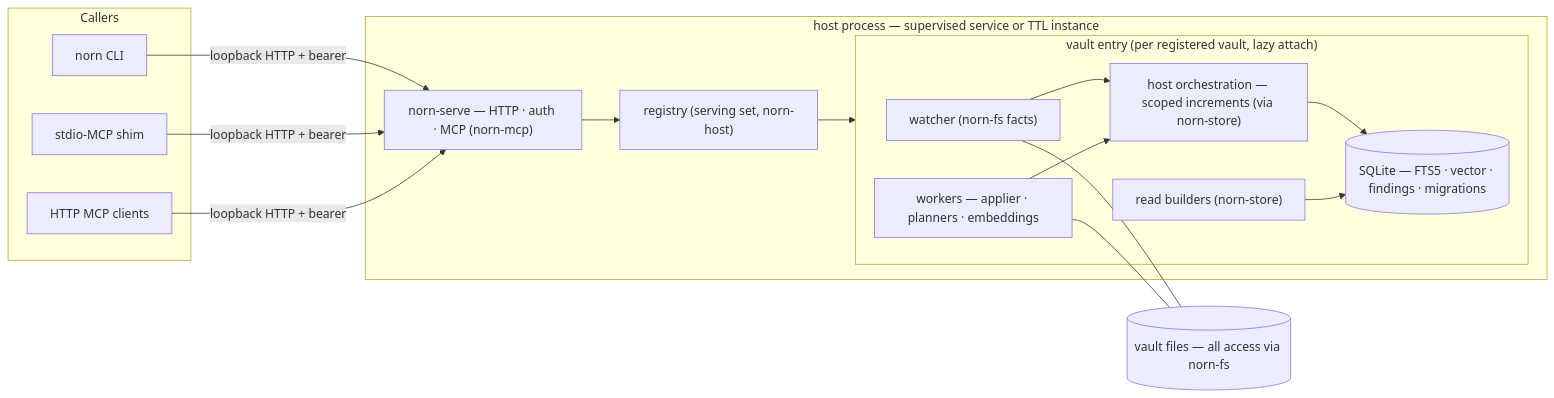
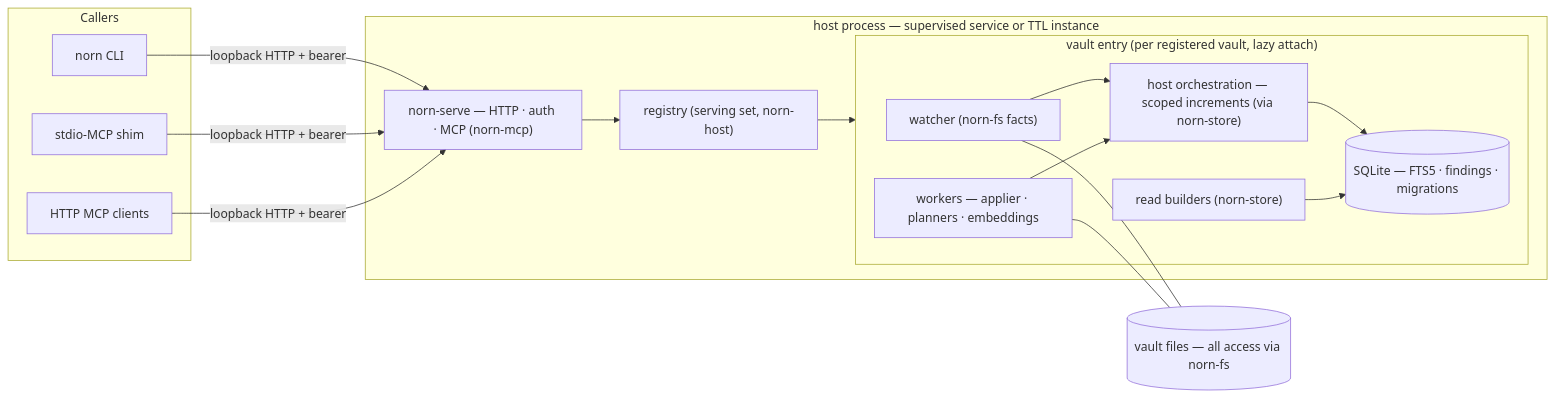
The second of 3 diagrams in docs/architecture.md (dbtlr/norn-next), drawn with Mermaid before and after one commit. The commit also changed other lines of this file and 15 other files, not shown here.

````diff
--- a/docs/architecture.md
+++ b/docs/architecture.md
@@ -1103,23 +1109,23 @@
 ```mermaid
 graph LR
   subgraph callers["Callers"]
     cli["norn CLI"]
     shim["stdio-MCP shim"]
     agents["HTTP MCP clients"]
   end
   cli -- "loopback HTTP + bearer" --> api
   shim -- "loopback HTTP + bearer" --> api
   agents -- "loopback HTTP + bearer" --> api
   subgraph hostp["host process — supervised service or TTL instance"]
     api["norn-serve — HTTP · auth · MCP (norn-mcp)"] --> reg["registry (serving set, norn-host)"]
     reg --> v1
     subgraph v1["vault entry (per registered vault, lazy attach)"]
       watcher["watcher (norn-fs facts)"] --> orch["host orchestration — scoped increments (via norn-store)"]
       workers["workers — applier · planners · embeddings"] --> orch
-      orch --> db[("SQLite — FTS5 · vector · findings · migrations")]
+      orch --> db[("SQLite — FTS5 · findings · migrations")]
       reads["read builders (norn-store)"] --> db
     end
   end
   watcher --- files[("vault files — all access via norn-fs")]
   workers --- files
 ```
````
